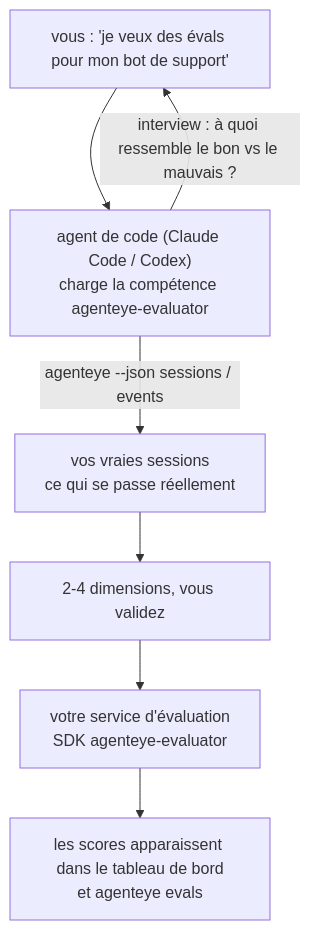
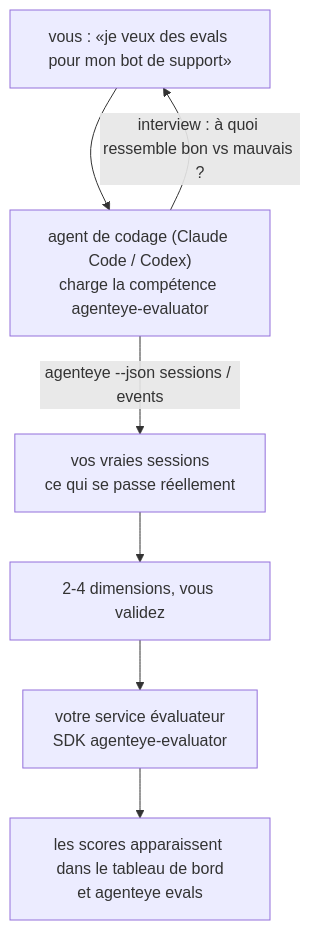
The diagram in docs/fr/agenteye/evaluator-skill.mdx (FailproofAI/failproofai), drawn with Mermaid before and after one commit. The commit also changed other lines of this file and 654 other files, not shown here.

````diff
--- a/docs/fr/agenteye/evaluator-skill.mdx
+++ b/docs/fr/agenteye/evaluator-skill.mdx
@@ -21,9 +21,9 @@
 ```mermaid
 flowchart TD
-    YOU["vous : 'je veux des évals pour mon bot de support'"] --> AGENT["agent de code (Claude Code / Codex)<br/>charge la compétence agenteye-evaluator"]
-    AGENT -->|"interview : à quoi ressemble le bon vs le mauvais ?"| YOU
+    YOU["vous : «je veux des evals pour mon bot de support»"] --> AGENT["agent de codage (Claude Code / Codex)<br/>charge la compétence agenteye-evaluator"]
+    AGENT -->|"interview : à quoi ressemble bon vs mauvais ?"| YOU
     AGENT -->|"agenteye --json sessions / events"| DATA["vos vraies sessions<br/>ce qui se passe réellement"]
     DATA --> DIMS["2-4 dimensions, vous validez"]
-    DIMS --> SVC["votre service d'évaluation<br/>SDK agenteye-evaluator"]
+    DIMS --> SVC["votre service évaluateur<br/>SDK agenteye-evaluator"]
     SVC --> SCORES["les scores apparaissent dans le tableau de bord<br/>et agenteye evals"]
 ```
````
